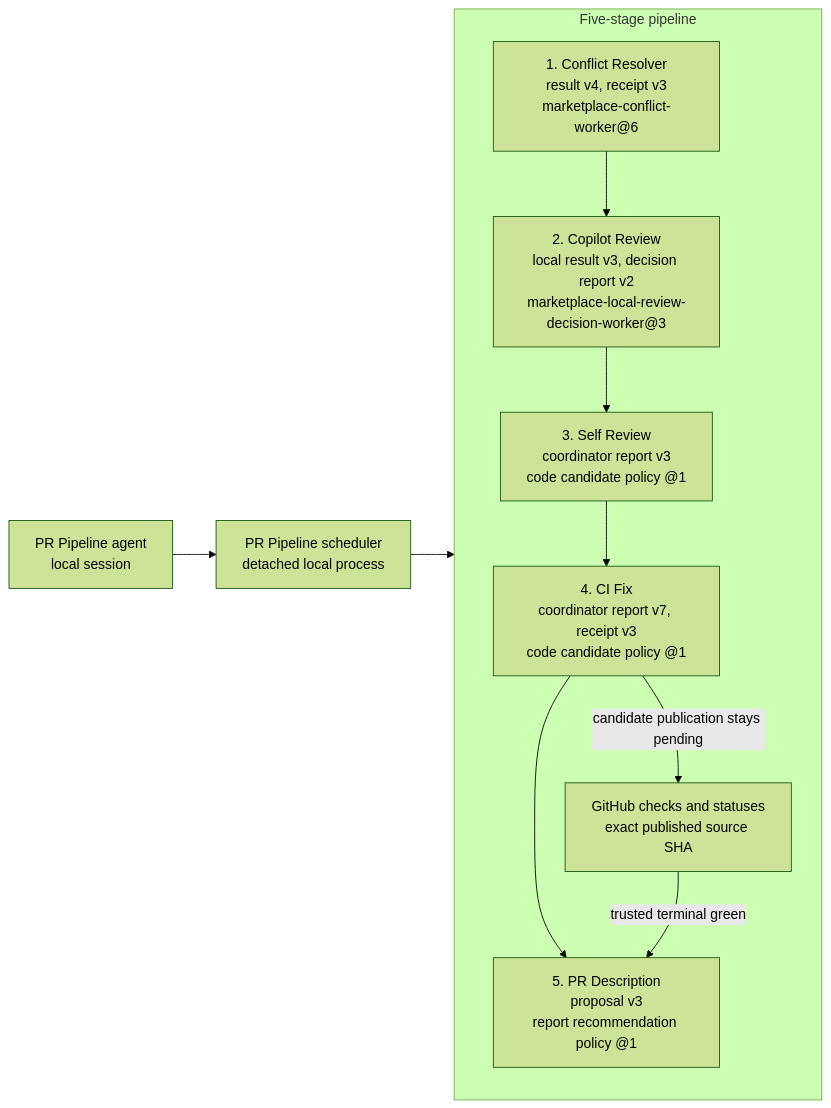
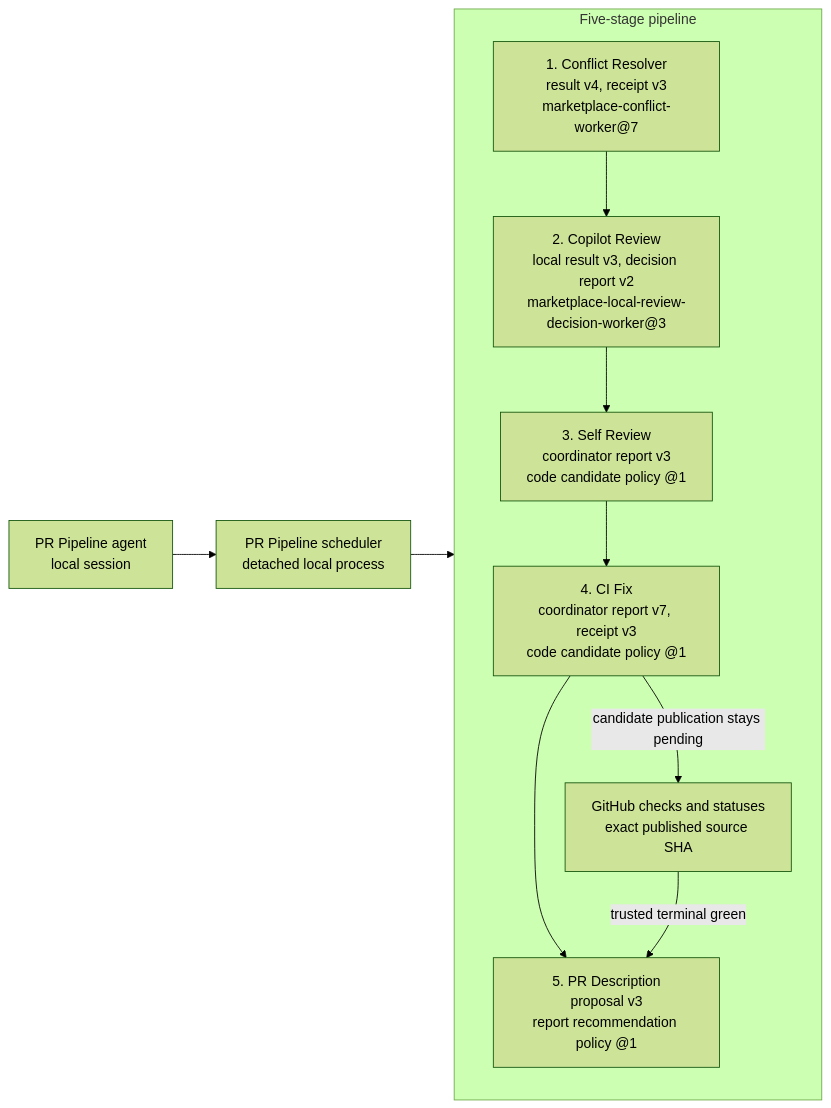
The diagram in plugins/pr-pipeline/README.md (trask/copilot-plugins), drawn with Mermaid (forest theme) before and after one commit. The commit also changed other lines of this file and 4 other files, not shown here.

````diff
--- a/plugins/pr-pipeline/README.md
+++ b/plugins/pr-pipeline/README.md
@@ -5,22 +5,22 @@
 ```mermaid
 flowchart LR
     agent["PR Pipeline agent<br/>local session"]
     scheduler["PR Pipeline scheduler<br/>detached local process"]
     agent --> scheduler
 
     subgraph pipeline["Five-stage pipeline"]
         direction TB
-        conflict["1. Conflict Resolver<br/>result v4, receipt v3<br/>marketplace-conflict-worker@6"]
+        conflict["1. Conflict Resolver<br/>result v4, receipt v3<br/>marketplace-conflict-worker@7"]
         copilotReview["2. Copilot Review<br/>local result v3, decision report v2<br/>marketplace-local-review-decision-worker@3"]
         selfReview["3. Self Review<br/>coordinator report v3<br/>code candidate policy @1"]
         ci["4. CI Fix<br/>coordinator report v7, receipt v3<br/>code candidate policy @1"]
         description["5. PR Description<br/>proposal v3<br/>report recommendation policy @1"]
         checks["GitHub checks and statuses<br/>exact published source SHA"]
 
         conflict --> copilotReview --> selfReview --> ci --> description
         ci -->|"candidate publication stays pending"| checks
         checks -->|"trusted terminal green"| description
     end
 
     scheduler --> conflict
 ```
````
